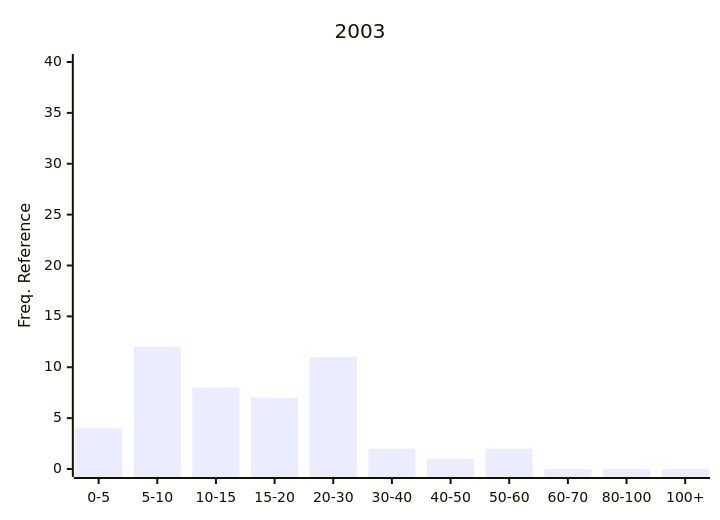
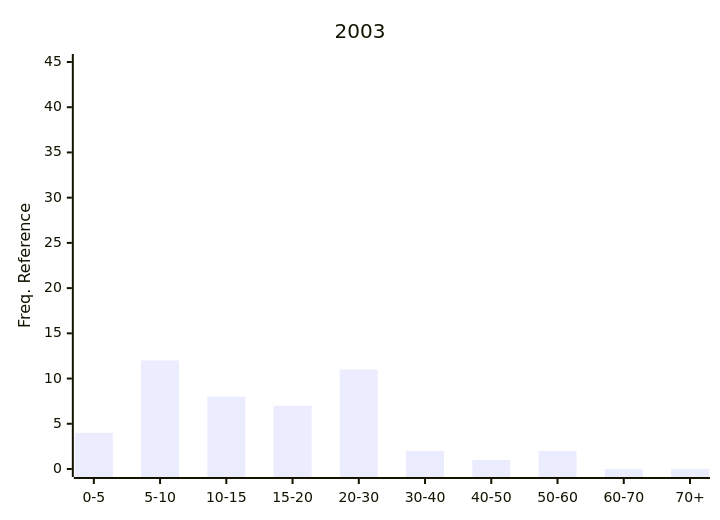
The seventh of 29 diagrams in README.md (Nemus-Project/fair-nime-2026), drawn with Mermaid before and after one commit. The commit also changed other lines of this file, not shown here.

Commit message:
add freq charts

````diff
--- a/README.md
+++ b/README.md
@@ -493,7 +496,7 @@
 ```mermaid
 xychart-beta
     title "2003"
-    x-axis ["0-5", "5-10", "10-15", "15-20", "20-30", "30-40", "40-50", "50-60", "60-70", "80-100", "100+"]
-    y-axis "Freq. Reference" 0 --> 40
-    bar [4, 12, 8, 7, 11, 2, 1, 2, 0, 0, 0]
+    x-axis ["0-5", "5-10", "10-15", "15-20", "20-30", "30-40", "40-50", "50-60", "60-70", "70+"]
+    y-axis "Freq. Reference" 0 --> 45
+    bar [4, 12, 8, 7, 11, 2, 1, 2, 0, 0]
 ```    
````
